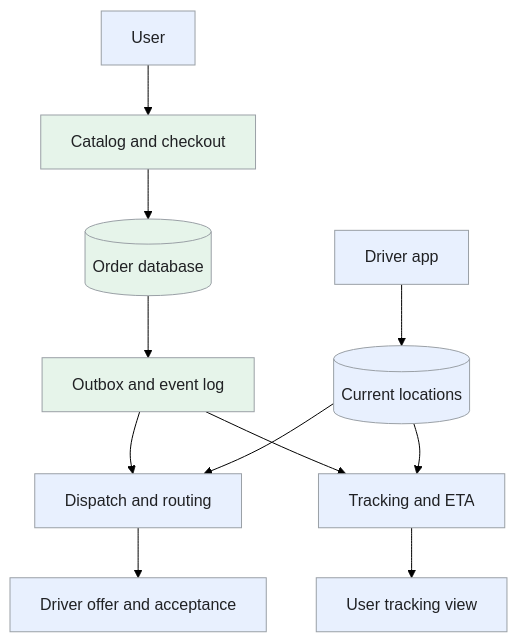
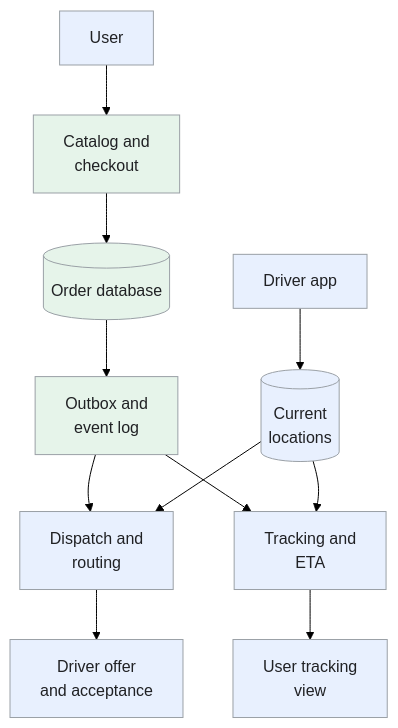
Before and after one commit to iliazlobin/iliazlobin.github.io: the first of 7 diagrams in _designs/system-design-doordash-uber-eats.md, drawn with Mermaid (forest theme). The commit also changed other lines of this file and 116 other files, not shown here.

````diff
--- a/_designs/system-design-doordash-uber-eats.md
+++ b/_designs/system-design-doordash-uber-eats.md
@@ -134,18 +134,18 @@
 ```mermaid
 flowchart TB
-    U["User"] --> C["Catalog and checkout"]
+    U["User"] --> C["Catalog and<br>checkout"]
     C --> O[("Order database")]
-    O --> E["Outbox and event log"]
-    E --> D["Dispatch and routing"]
-    P["Driver app"] --> L[("Current locations")]
+    O --> E["Outbox and<br>event log"]
+    E --> D["Dispatch and<br>routing"]
+    P["Driver app"] --> L[("Current<br>locations")]
     L --> D
-    D --> A["Driver offer and acceptance"]
-    E --> T["Tracking and ETA"]
+    D --> A["Driver offer<br>and acceptance"]
+    E --> T["Tracking and<br>ETA"]
     L --> T
-    T --> V["User tracking view"]
+    T --> V["User tracking<br>view"]
   classDef request fill:#e8f0fe,stroke:#9aa0a6,color:#202124,stroke-width:1px
   classDef background fill:#e6f4ea,stroke:#9aa0a6,color:#202124,stroke-width:1px
   classDef control fill:#fef7e0,stroke:#9aa0a6,color:#202124,stroke-width:1px
   class U,D,P,L,A,T,V request
   class C,O,E background
 ```
````
